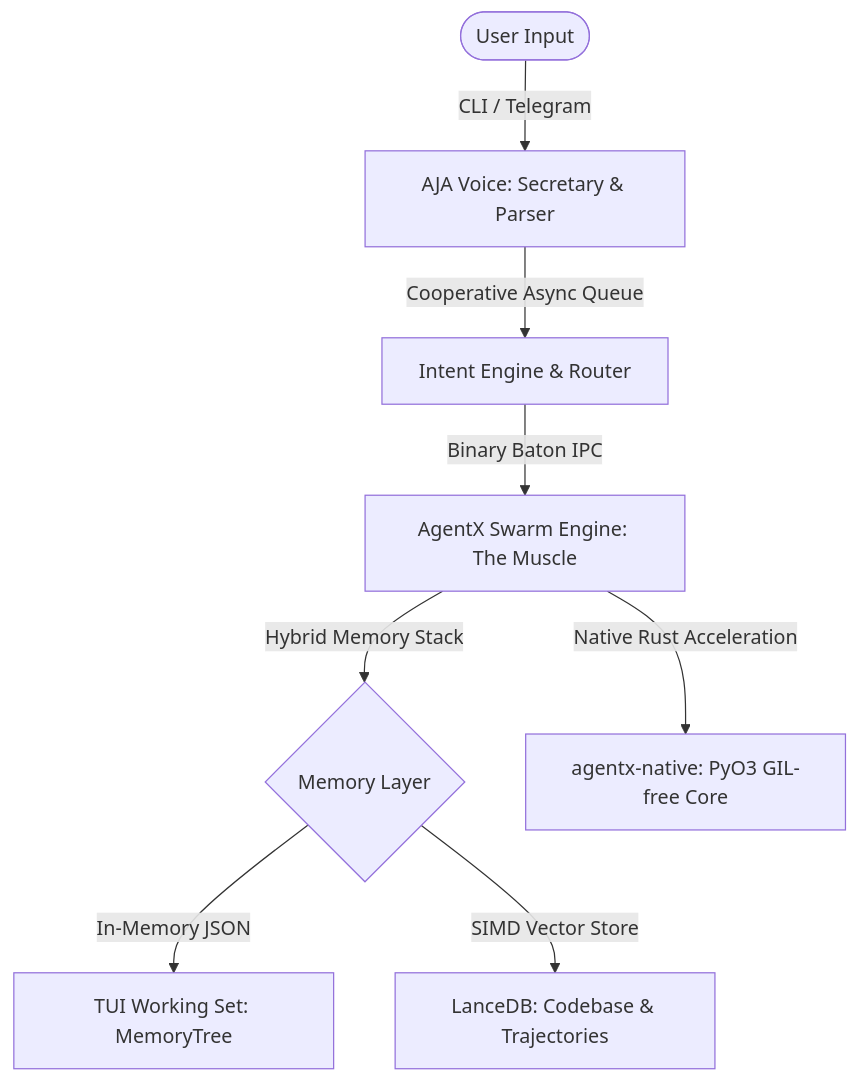
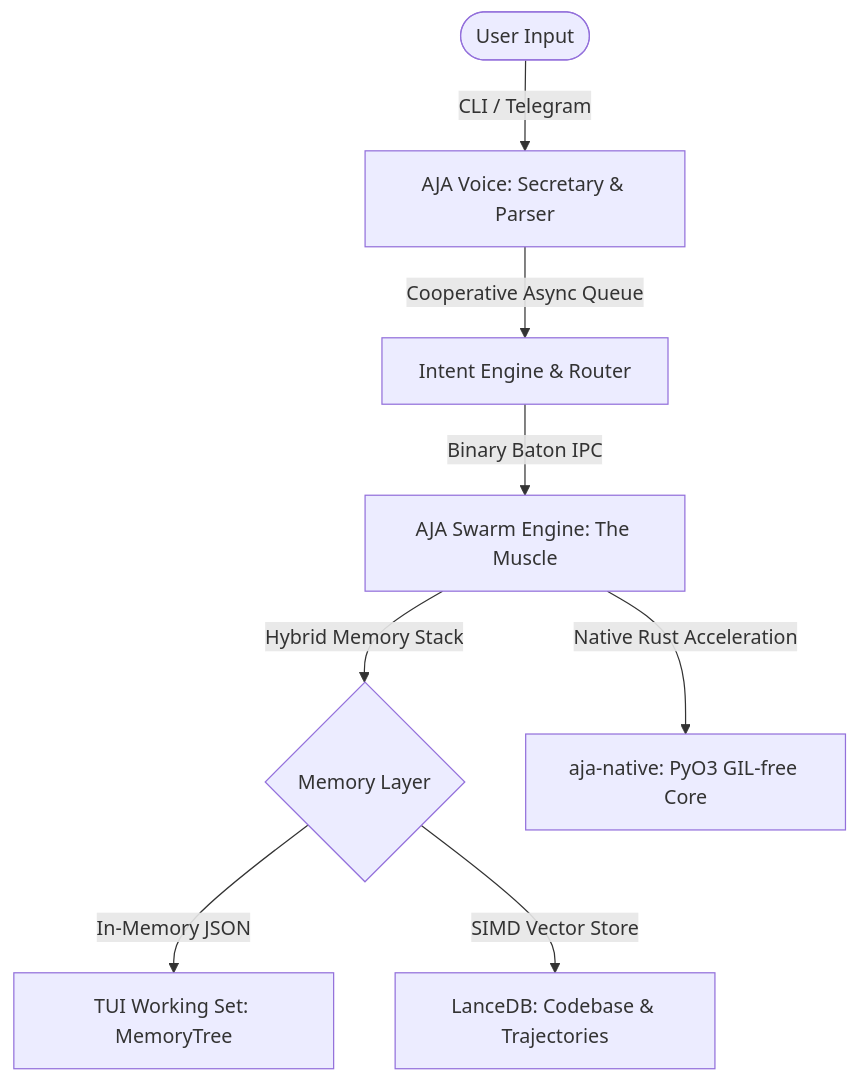
One commit to anixes/AJA changed the diagram in README.md. Above: the diagram before and after it, drawn with Mermaid. The commit also changed other lines of this file and 704 other files, not shown here.

Commit message:
rebrand: complete transition from AgentX to AJA project-wide

````diff
--- a/README.md
+++ b/README.md
@@ -14,10 +14,10 @@
 ```mermaid
 graph TD
     User([User Input]) -->|CLI / Telegram| AJA[AJA Voice: Secretary & Parser]
     AJA -->|Cooperative Async Queue| Intent[Intent Engine & Router]
-    Intent -->|Binary Baton IPC| Swarm[AgentX Swarm Engine: The Muscle]
+    Intent -->|Binary Baton IPC| Swarm[AJA Swarm Engine: The Muscle]
     Swarm -->|Hybrid Memory Stack| Memory{Memory Layer}
     Memory -->|In-Memory JSON| TUI[TUI Working Set: MemoryTree]
     Memory -->|SIMD Vector Store| Lance[LanceDB: Codebase & Trajectories]
-    Swarm -->|Native Rust Acceleration| RustCore[agentx-native: PyO3 GIL-free Core]
+    Swarm -->|Native Rust Acceleration| RustCore[aja-native: PyO3 GIL-free Core]
 ```
````
